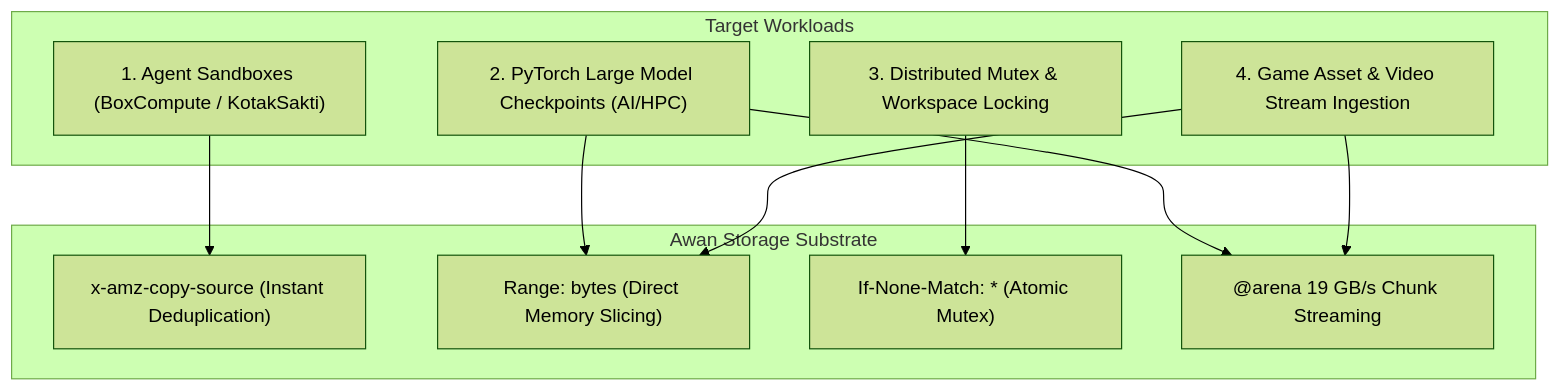
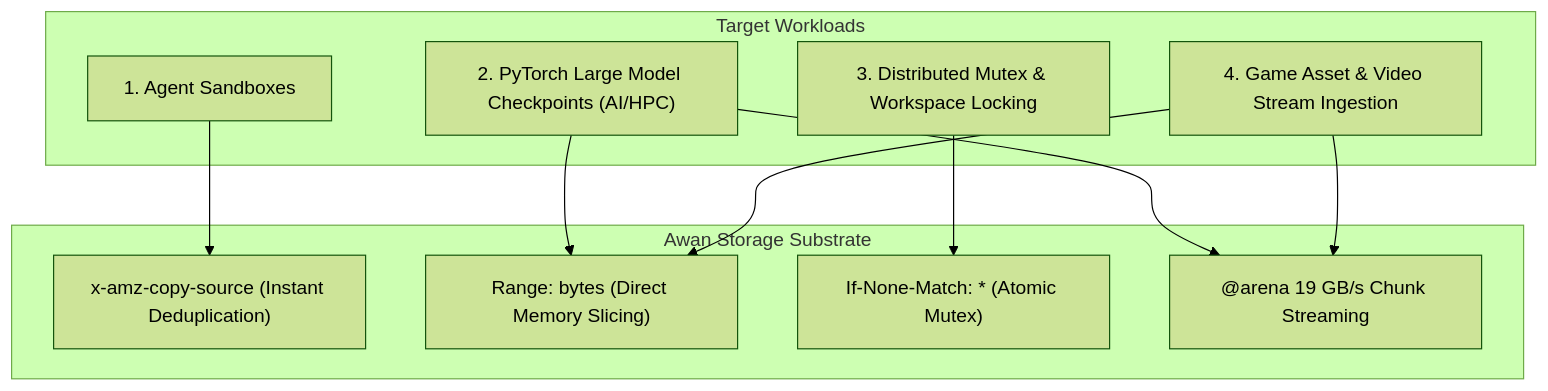
One commit to iskandarnorazli/Awanfs changed the diagram in USE_CASES_AND_WORKLOADS.md. Above: the diagram before and after it, drawn with Mermaid (forest theme). The commit also changed other lines of this file, not shown here.

Commit message:
Docs: use case 1 without product names

````diff
--- a/USE_CASES_AND_WORKLOADS.md
+++ b/USE_CASES_AND_WORKLOADS.md
@@ -11,21 +11,21 @@
 ```mermaid
 flowchart TD
     subgraph UseCases["Target Workloads"]
-        UC1["1. Agent Sandboxes (BoxCompute / KotakSakti)"]
+        UC1["1. Agent Sandboxes"]
         UC2["2. PyTorch Large Model Checkpoints (AI/HPC)"]
         UC3["3. Distributed Mutex & Workspace Locking"]
         UC4["4. Game Asset & Video Stream Ingestion"]
     end
 
     subgraph AwanSubstrate["Awan Storage Substrate"]
         ZeroCopyCopy["x-amz-copy-source (Instant Deduplication)"]
         RangeIO["Range: bytes (Direct Memory Slicing)"]
         ConditionalPUT["If-None-Match: * (Atomic Mutex)"]
         PreallocSlab["@arena 19 GB/s Chunk Streaming"]
     end
 
     UC1 --> ZeroCopyCopy
     UC2 --> RangeIO & PreallocSlab
     UC3 --> ConditionalPUT
     UC4 --> RangeIO & PreallocSlab
 ```
````
